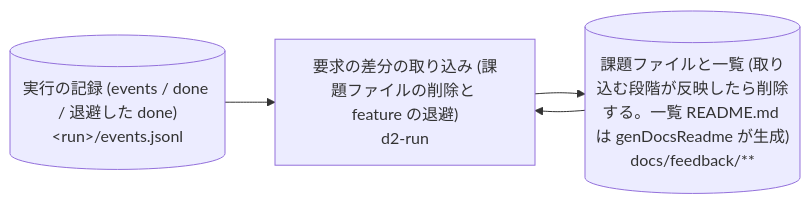
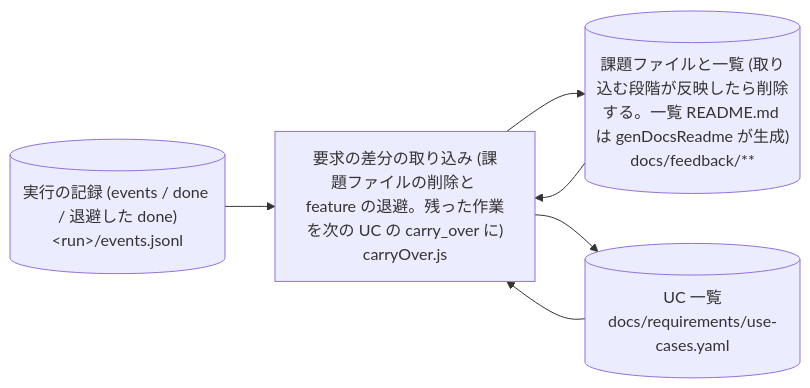
The fifth of 47 diagrams in plugins/distillery2/skills/d2-common/references/dataflow.md (suwa-sh/suwa-sh-claude-plugins), drawn with Mermaid before and after one commit. The commit also changed other lines of this file and 19 other files, not shown here.

````diff
--- a/plugins/distillery2/skills/d2-common/references/dataflow.md
+++ b/plugins/distillery2/skills/d2-common/references/dataflow.md
@@ -179,9 +179,12 @@
 ```mermaid
 flowchart LR
-  p_run_req_diff["要求の差分の取り込み (課題ファイルの削除と feature の退避)<br/>d2-run"]
+  p_run_req_diff["要求の差分の取り込み (課題ファイルの削除と feature の退避。残った作業を次の UC の carry_over に)<br/>carryOver.js"]
   s_feedback_docs[("課題ファイルと一覧 (取り込む段階が反映したら削除する。一覧 README.md は genDocsReadme が生成)<br/>docs/feedback/**")]
   s_run_events[("実行の記録 (events / done / 退避した done)<br/>#lt;run#gt;/events.jsonl")]
+  s_use_cases[("UC 一覧<br/>docs/requirements/use-cases.yaml")]
   s_feedback_docs --> p_run_req_diff
   s_run_events --> p_run_req_diff
+  s_use_cases --> p_run_req_diff
   p_run_req_diff --> s_feedback_docs
+  p_run_req_diff --> s_use_cases
 ```
````
